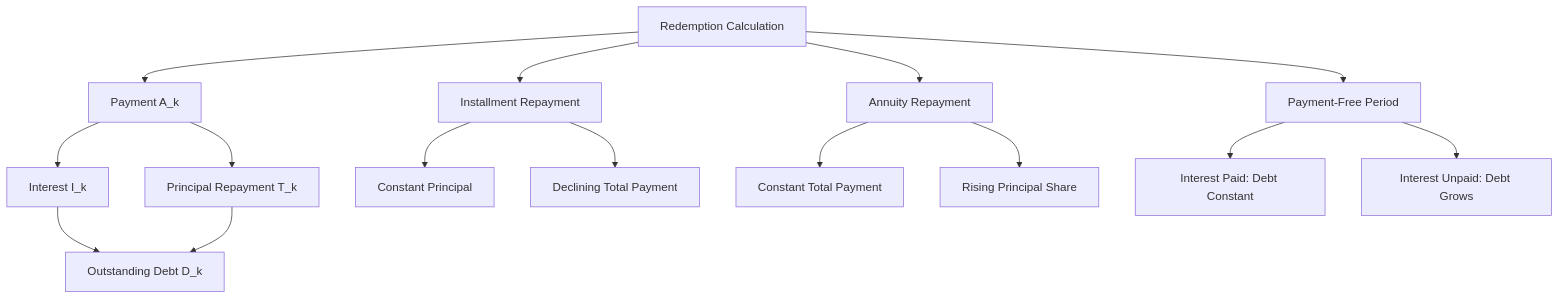
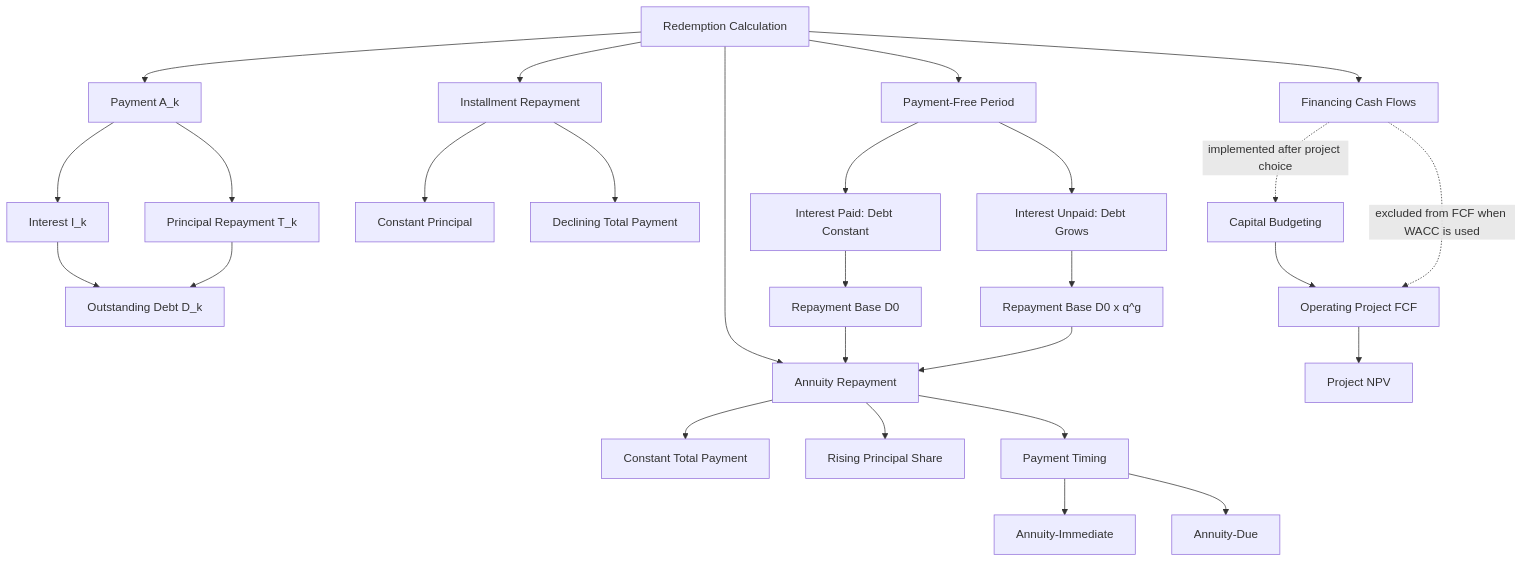
The diagram in finance-and-investment-management/wiki/exercise-05-redemptions/exercise-05-redemptions.md (aerkn1/TUM-semester-2), drawn with Mermaid before and after one commit. The commit also changed other lines of this file and 29 other files, not shown here.

````diff
--- a/finance-and-investment-management/wiki/exercise-05-redemptions/exercise-05-redemptions.md
+++ b/finance-and-investment-management/wiki/exercise-05-redemptions/exercise-05-redemptions.md
@@ -183,17 +612,29 @@
 ```mermaid
 graph TD
     RED[Redemption Calculation] --> PAY[Payment A_k]
     PAY --> INT[Interest I_k]
     PAY --> PRINC[Principal Repayment T_k]
     INT --> BAL[Outstanding Debt D_k]
     PRINC --> BAL
     RED --> INSTALL[Installment Repayment]
     RED --> ANNUITY[Annuity Repayment]
     INSTALL --> CONSTT[Constant Principal]
     INSTALL --> DECLINE[Declining Total Payment]
     ANNUITY --> CONSTA[Constant Total Payment]
     ANNUITY --> RISING[Rising Principal Share]
     RED --> GRACE[Payment-Free Period]
     GRACE --> PAID[Interest Paid: Debt Constant]
     GRACE --> UNPAID[Interest Unpaid: Debt Grows]
+    PAID --> BASE1[Repayment Base D0]
+    UNPAID --> BASE2[Repayment Base D0 x q^g]
+    BASE1 --> ANNUITY
+    BASE2 --> ANNUITY
+    ANNUITY --> TIMING[Payment Timing]
+    TIMING --> IMM[Annuity-Immediate]
+    TIMING --> DUE[Annuity-Due]
+    RED --> FIN[Financing Cash Flows]
+    CB[Capital Budgeting] --> OPER[Operating Project FCF]
+    OPER --> NPV[Project NPV]
+    FIN -. implemented after project choice .-> CB
+    FIN -. excluded from FCF when WACC is used .-> OPER
 ```
````
